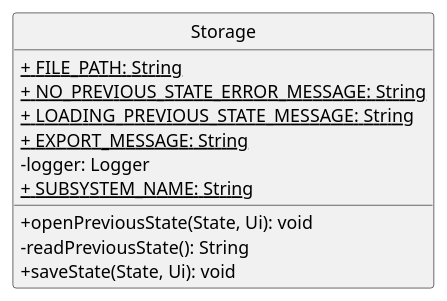
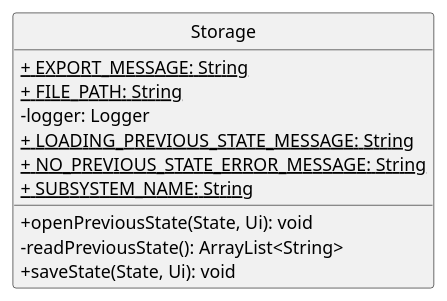
The diagram in docs/UMLdiagrams/storageClass.puml (nus-cs2113-AY2223S1/tp), drawn with PlantUML before and after one commit. The commit also changed 4 other files, not shown here.

Commit message:
Order class diagram alphabetically

```diff
--- a/docs/UMLdiagrams/storageClass.puml
+++ b/docs/UMLdiagrams/storageClass.puml
@@ -1,18 +1,18 @@
 @startuml
 'https://plantuml.com/sequence-diagram
 hide circle
 skinparam classAttributeIconSize 0
 
 class Storage {
+    <u>+ EXPORT_MESSAGE: String
     <u>+ FILE_PATH: String
+    - logger: Logger
+    <u>+ LOADING_PREVIOUS_STATE_MESSAGE: String
     <u>+ NO_PREVIOUS_STATE_ERROR_MESSAGE: String
-    <u>+ LOADING_PREVIOUS_STATE_MESSAGE: String
-    <u>+ EXPORT_MESSAGE: String
-    - logger: Logger
     <u>+ SUBSYSTEM_NAME: String
 
     + openPreviousState(State, Ui): void
-    - readPreviousState(): String
+    - readPreviousState(): ArrayList<String>
     + saveState(State, Ui): void
 }
 @enduml
```
